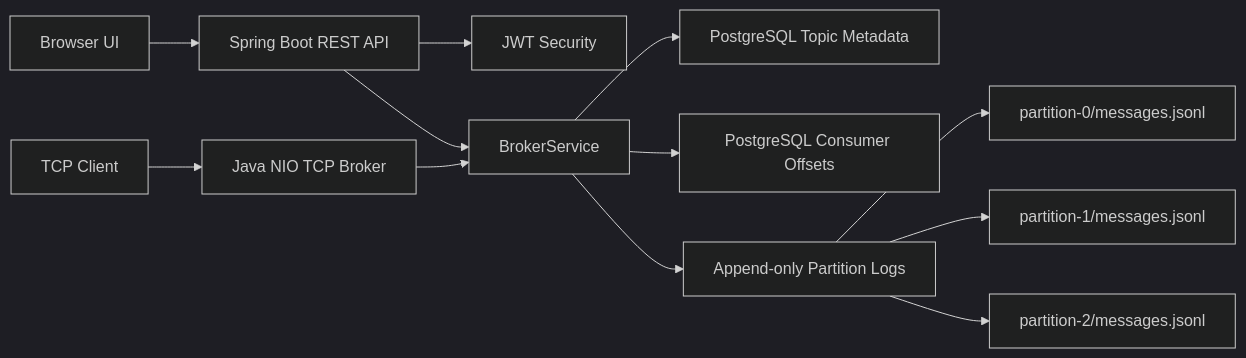
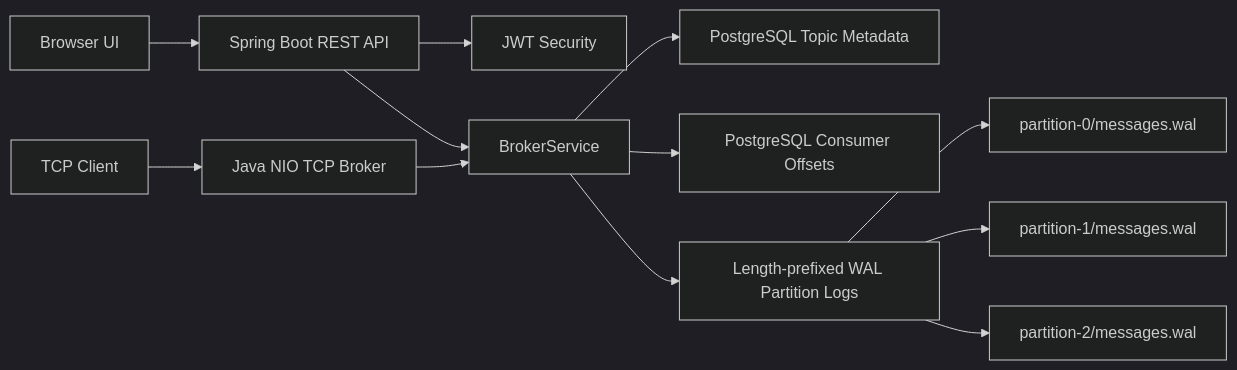
One commit to Aryashrestha2023/MiniKafka changed the second of 6 diagrams in README.md. Above: the diagram before and after it, drawn with Mermaid (dark theme). The commit also changed other lines of this file and 15 other files, not shown here.

````diff
--- a/README.md
+++ b/README.md
@@ -63,17 +65,17 @@
 ```mermaid
 flowchart LR
     UI["Browser UI"] --> REST["Spring Boot REST API"]
     TCP["TCP Client"] --> TCPServer["Java NIO TCP Broker"]
 
     REST --> Auth["JWT Security"]
     REST --> Broker["BrokerService"]
     TCPServer --> Broker
 
     Broker --> Topics["PostgreSQL Topic Metadata"]
     Broker --> Offsets["PostgreSQL Consumer Offsets"]
-    Broker --> Logs["Append-only Partition Logs"]
+    Broker --> Logs["Length-prefixed WAL Partition Logs"]
 
-    Logs --> P0["partition-0/messages.jsonl"]
-    Logs --> P1["partition-1/messages.jsonl"]
-    Logs --> P2["partition-2/messages.jsonl"]
+    Logs --> P0["partition-0/messages.wal"]
+    Logs --> P1["partition-1/messages.wal"]
+    Logs --> P2["partition-2/messages.wal"]
 ```
````
